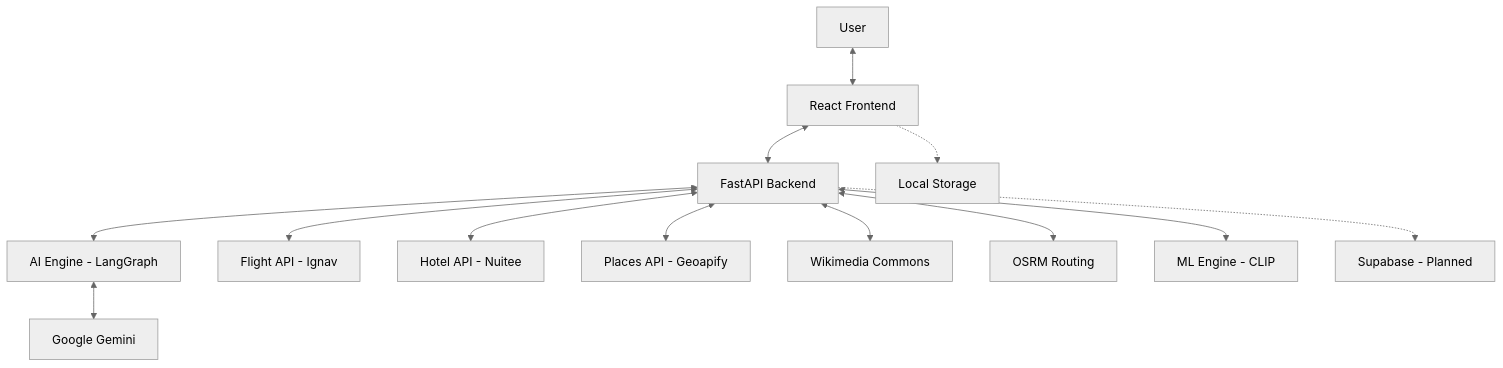
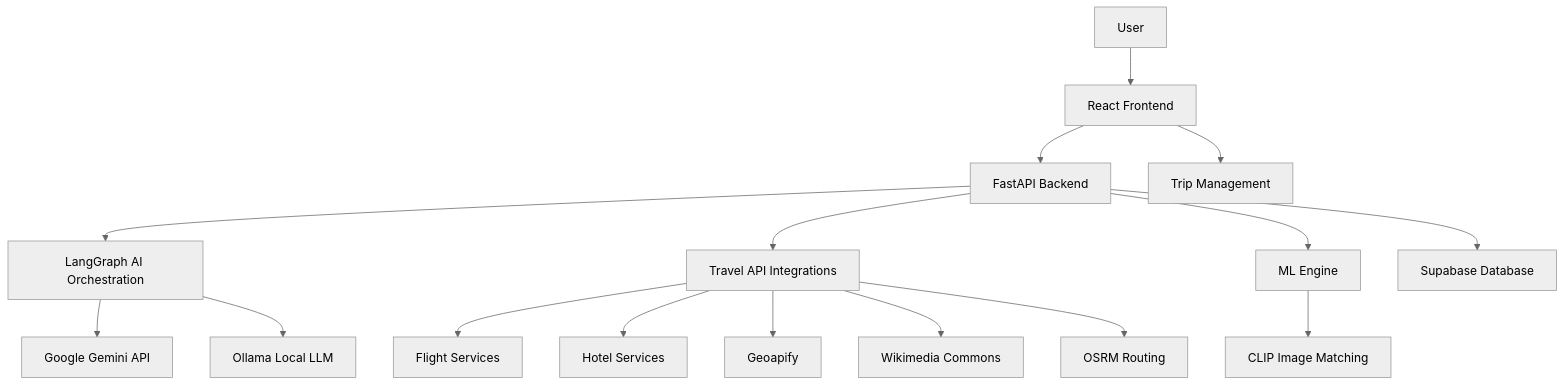
One commit to knvijaykumar/travel-agentic changed the diagram in README.md. Above: the diagram before and after it, drawn with Mermaid (neutral theme). The commit also changed other lines of this file, not shown here.

````diff
--- a/README.md
+++ b/README.md
@@ -62,15 +57,22 @@
 ```mermaid
 flowchart TD
-    A[User] <--> B[React Frontend]
-    B <--> C[FastAPI Backend]
-    C <--> D[AI Engine - LangGraph]
-    D <--> E[Google Gemini]
-    C <--> F[Flight API - Ignav]
-    C <--> G[Hotel API - Nuitee]
-    C <--> H[Places API - Geoapify]
-    C <--> I[Wikimedia Commons]
-    C <--> J[OSRM Routing]
-    C <--> K[ML Engine - CLIP]
-    B -.-> L[Local Storage]
-    C -.-> M[Supabase - Planned]
+    A[User] --> B[React Frontend]
+    B --> C[FastAPI Backend]
+    C --> D[LangGraph AI Orchestration]
+
+    D --> E[Google Gemini API]
+    D --> F[Ollama Local LLM]
+
+    C --> G[Travel API Integrations]
+    G --> H[Flight Services]
+    G --> I[Hotel Services]
+    G --> J[Geoapify]
+    G --> K[Wikimedia Commons]
+    G --> L[OSRM Routing]
+
+    C --> M[ML Engine]
+    M --> N[CLIP Image Matching]
+
+    C --> O[Supabase Database]
+    B --> P[Trip Management]
 ```
````
